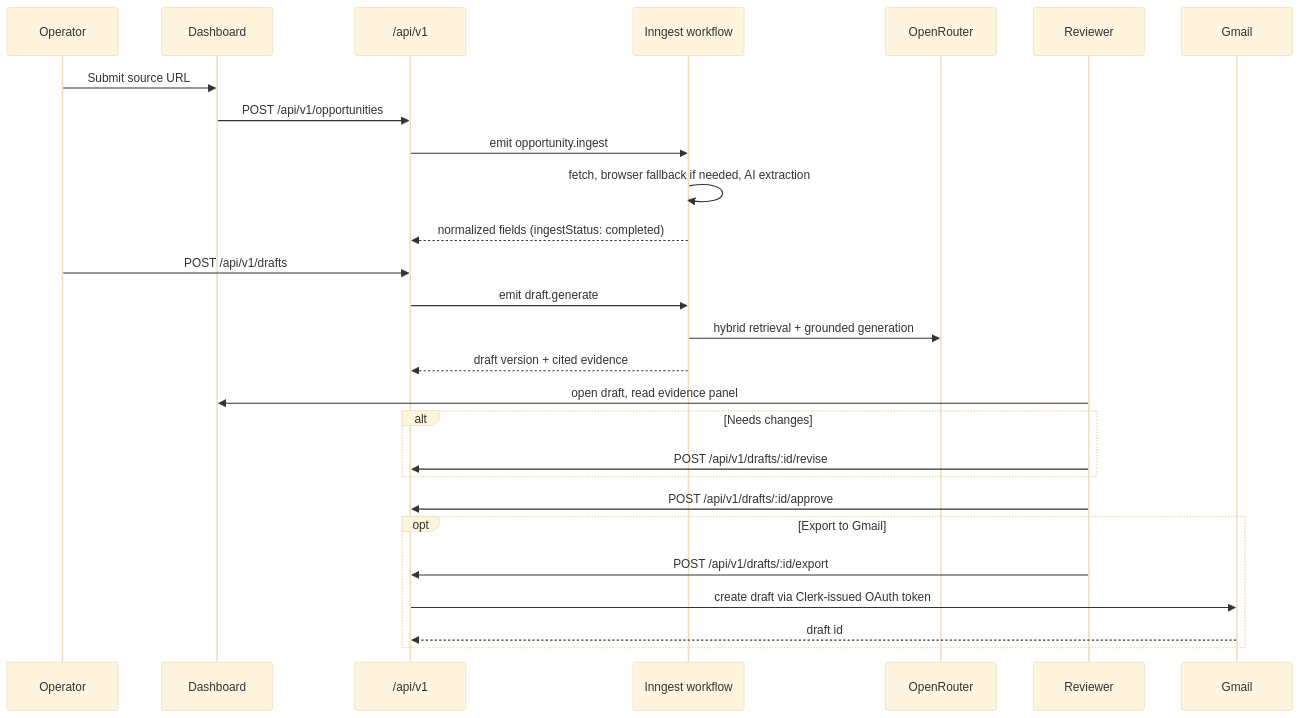
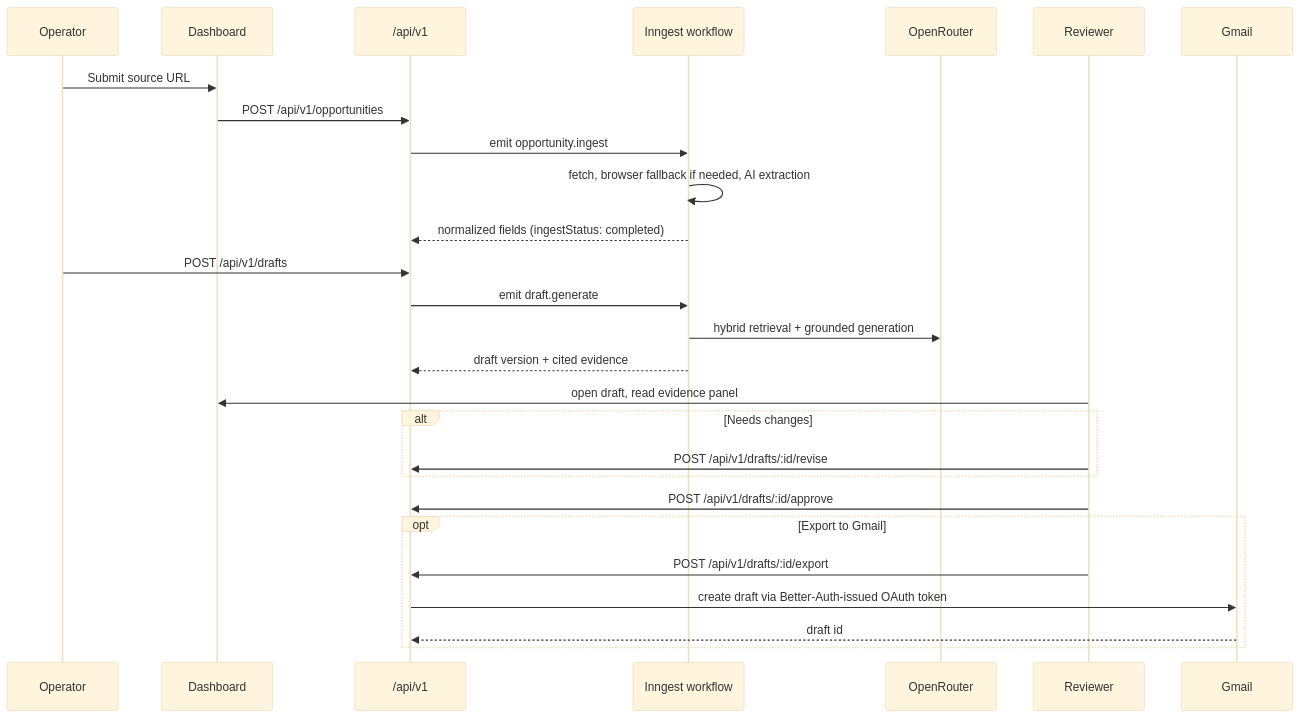
The second of 3 diagrams in README.md (swap-mitra/email-gen), drawn with Mermaid (base theme) before and after one commit. The commit also changed other lines of this file and 1 other file, not shown here.

First line of the commit message:
docs(readme): document better-auth setup in place of Clerk

````diff
--- a/README.md
+++ b/README.md
@@ -67,30 +68,30 @@
 ```mermaid
 sequenceDiagram
   participant Operator
   participant Dashboard
   participant API as /api/v1
   participant Workflow as Inngest workflow
   participant AI as OpenRouter
   participant Reviewer
   participant Gmail
 
   Operator->>Dashboard: Submit source URL
   Dashboard->>API: POST /api/v1/opportunities
   API->>Workflow: emit opportunity.ingest
   Workflow->>Workflow: fetch, browser fallback if needed, AI extraction
   Workflow-->>API: normalized fields (ingestStatus: completed)
   Operator->>API: POST /api/v1/drafts
   API->>Workflow: emit draft.generate
   Workflow->>AI: hybrid retrieval + grounded generation
   Workflow-->>API: draft version + cited evidence
   Reviewer->>Dashboard: open draft, read evidence panel
   alt Needs changes
     Reviewer->>API: POST /api/v1/drafts/:id/revise
   end
   Reviewer->>API: POST /api/v1/drafts/:id/approve
   opt Export to Gmail
     Reviewer->>API: POST /api/v1/drafts/:id/export
-    API->>Gmail: create draft via Clerk-issued OAuth token
+    API->>Gmail: create draft via Better-Auth-issued OAuth token
     Gmail-->>API: draft id
   end
 ```
````
